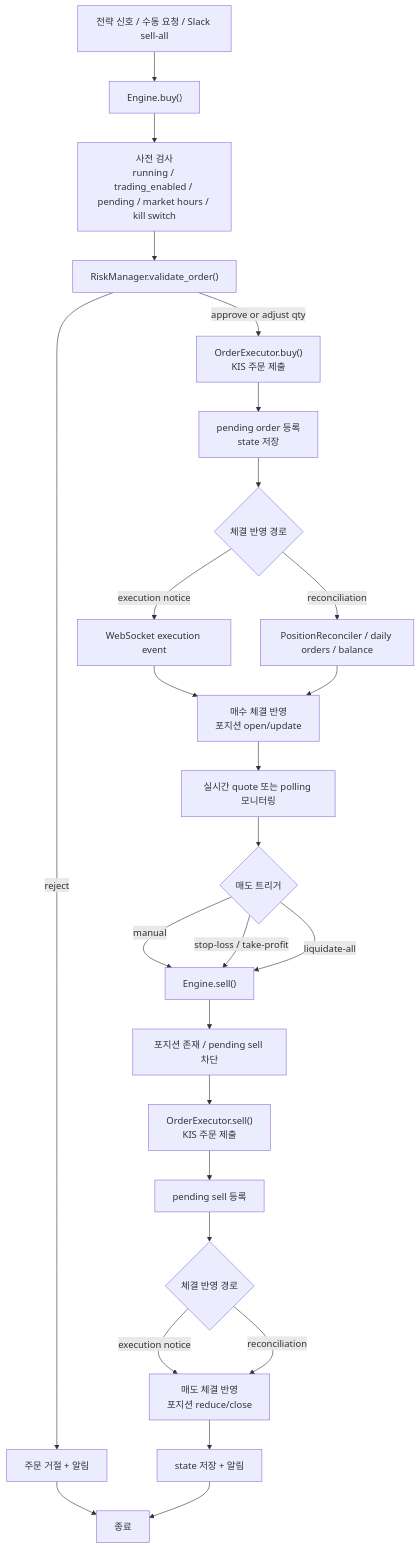
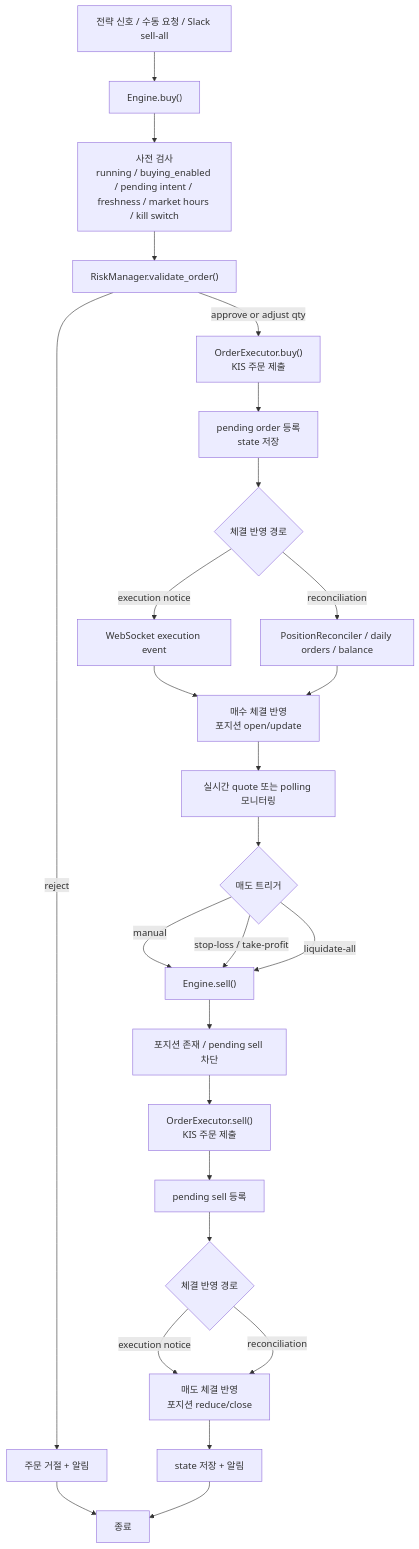
One commit to Themath93/stock-manager changed the fifth of 6 diagrams in docs/architecture.md. Above: the diagram before and after it, drawn with Mermaid. The commit also changed other lines of this file and 18 other files, not shown here.

````diff
--- a/docs/architecture.md
+++ b/docs/architecture.md
@@ -236,38 +236,38 @@
 ```mermaid
 flowchart TD
     Trigger["전략 신호 / 수동 요청 / Slack sell-all"] --> Buy["Engine.buy()"]
 
-    Buy --> Precheck["사전 검사<br/>running / trading_enabled / pending / market hours / kill switch"]
+    Buy --> Precheck["사전 검사<br/>running / buying_enabled / pending intent / freshness / market hours / kill switch"]
     Precheck --> Risk["RiskManager.validate_order()"]
 
     Risk -->|reject| Reject["주문 거절 + 알림"]
     Risk -->|approve or adjust qty| SubmitBuy["OrderExecutor.buy()<br/>KIS 주문 제출"]
 
     SubmitBuy --> Pending["pending order 등록<br/>state 저장"]
     Pending --> FillSource{"체결 반영 경로"}
 
     FillSource -->|execution notice| ExecEvent["WebSocket execution event"]
     FillSource -->|reconciliation| Recon["PositionReconciler / daily orders / balance"]
 
     ExecEvent --> ApplyBuy["매수 체결 반영<br/>포지션 open/update"]
     Recon --> ApplyBuy
 
     ApplyBuy --> Monitor["실시간 quote 또는 polling 모니터링"]
     Monitor --> Exit{"매도 트리거"}
 
     Exit -->|manual| Sell["Engine.sell()"]
     Exit -->|stop-loss / take-profit| Sell
     Exit -->|liquidate-all| Sell
 
     Sell --> SellCheck["포지션 존재 / pending sell 차단"]
     SellCheck --> SubmitSell["OrderExecutor.sell()<br/>KIS 주문 제출"]
     SubmitSell --> SellPending["pending sell 등록"]
 
     SellPending --> SellFill{"체결 반영 경로"}
     SellFill -->|execution notice| ApplySell["매도 체결 반영<br/>포지션 reduce/close"]
     SellFill -->|reconciliation| ApplySell
 
     ApplySell --> Persist["state 저장 + 알림"]
     Reject --> End["종료"]
     Persist --> End
 ```
````
